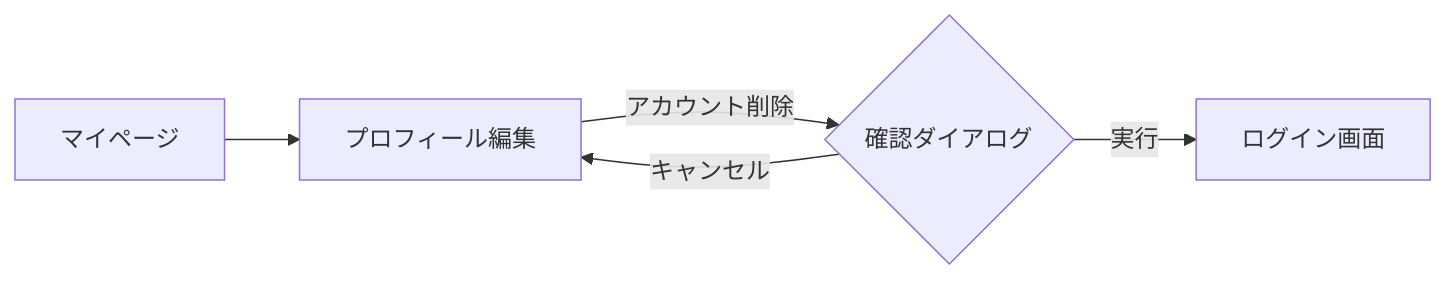
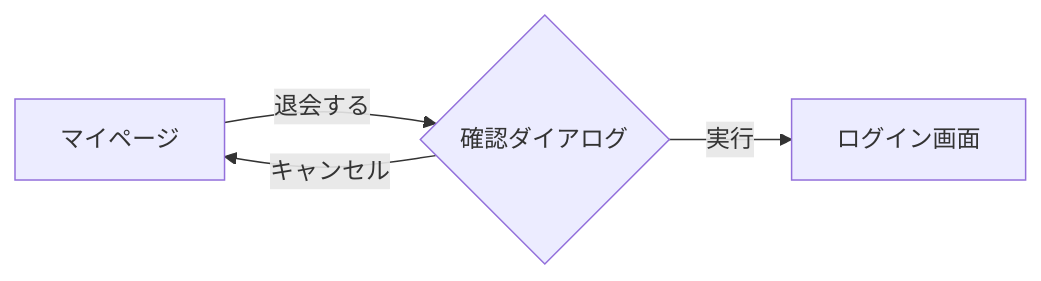
Before and after one commit to yamamotonaoki3/Recipi: the seventh of 7 diagrams in docs/requirements/screens/transitions.md, drawn with Mermaid. The commit also changed other lines of this file and 30 other files, not shown here.

````diff
--- a/docs/requirements/screens/transitions.md
+++ b/docs/requirements/screens/transitions.md
@@ -110,7 +110,6 @@
 ```mermaid
 flowchart LR
-    M[マイページ] --> PE[プロフィール編集]
-    PE -->|アカウント削除| Dlg{確認ダイアログ}
-    Dlg -->|キャンセル| PE
+    M[マイページ] -->|退会する| Dlg{確認ダイアログ}
+    Dlg -->|キャンセル| M
     Dlg -->|実行| L[ログイン画面]
 ```
````
